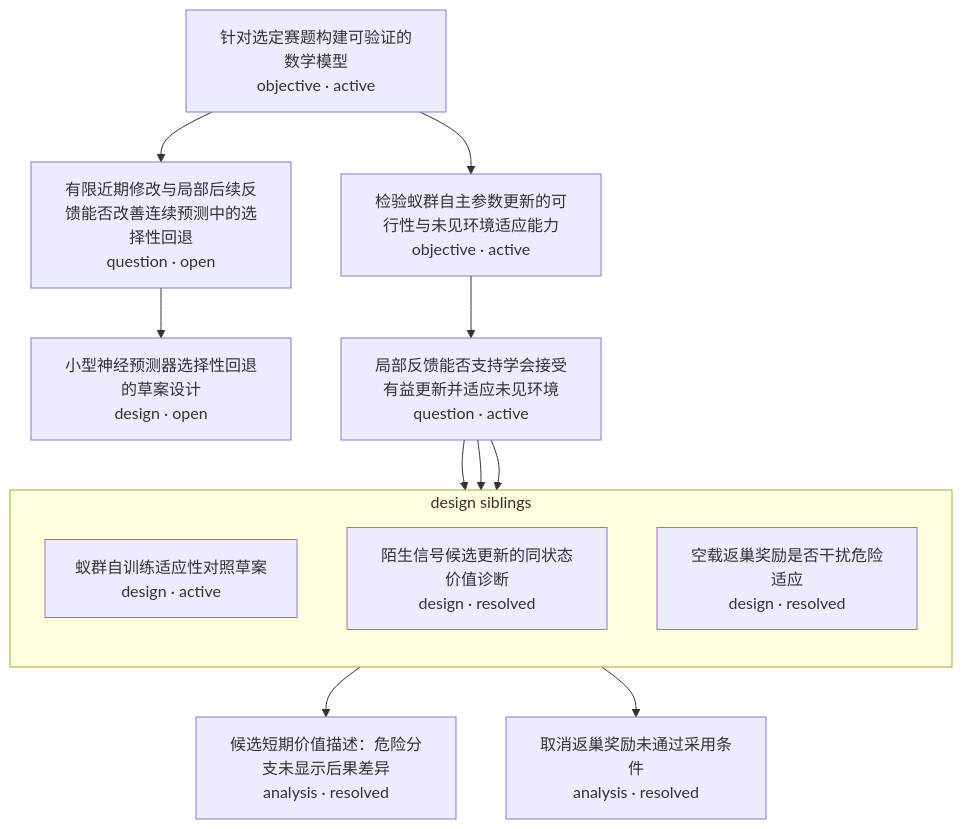
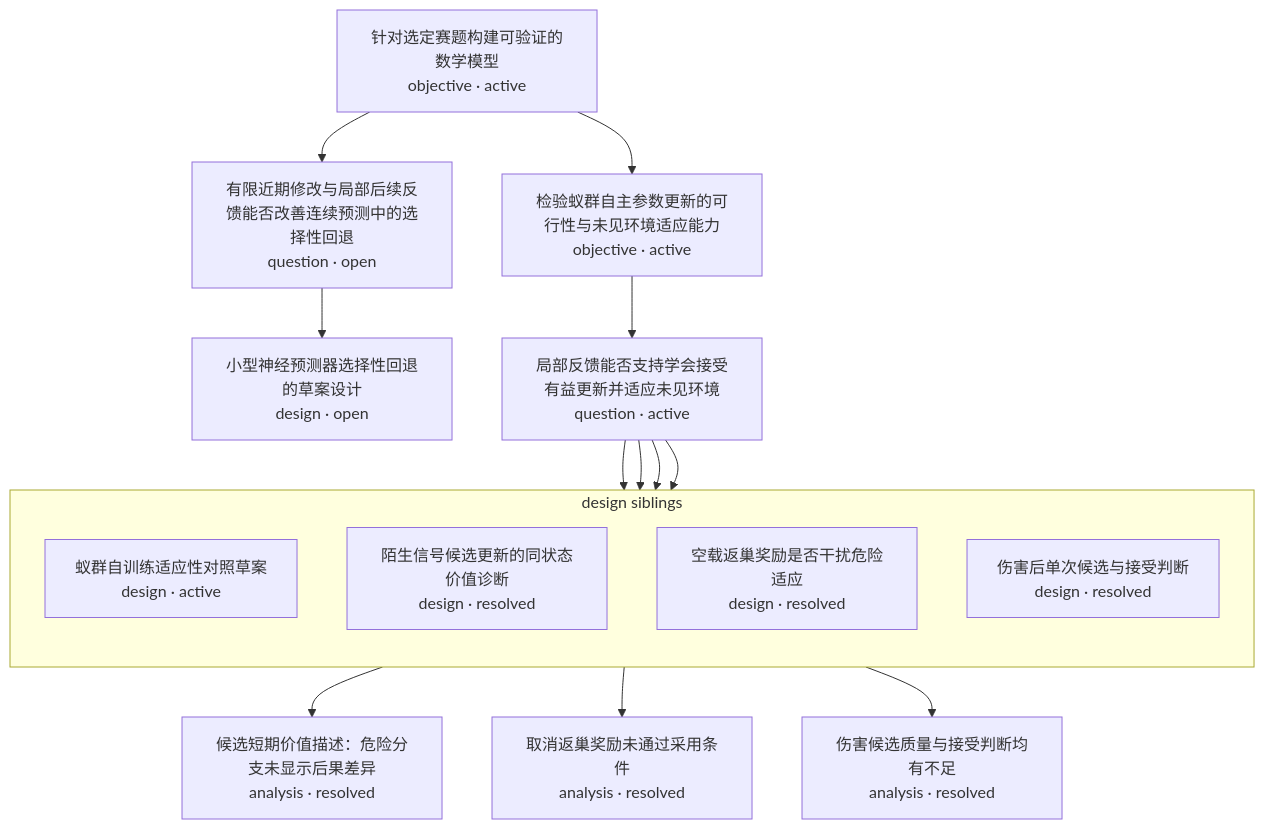
Before and after one commit to Akira-TL/Antomony: the diagram in research-tree/README.md, drawn with Mermaid. The commit also changed other lines of this file and 8 other files, not shown here.

````diff
--- a/research-tree/README.md
+++ b/research-tree/README.md
@@ -5,25 +5,29 @@
 ```mermaid
 flowchart TD
     N1["针对选定赛题构建可验证的数学模型<br/>objective · active"]
     N2["有限近期修改与局部后续反馈能否改善连续预测中的选择性回退<br/>question · open"]
     N3["小型神经预测器选择性回退的草案设计<br/>design · open"]
     N4["检验蚁群自主参数更新的可行性与未见环境适应能力<br/>objective · active"]
     N5["局部反馈能否支持学会接受有益更新并适应未见环境<br/>question · active"]
     N8["候选短期价值描述：危险分支未显示后果差异<br/>analysis · resolved"]
     N10["取消返巢奖励未通过采用条件<br/>analysis · resolved"]
+    N12["伤害候选质量与接受判断均有不足<br/>analysis · resolved"]
     subgraph G5_design["design siblings"]
         direction TB
         N6["蚁群自训练适应性对照草案<br/>design · active"]
         N7["陌生信号候选更新的同状态价值诊断<br/>design · resolved"]
         N9["空载返巢奖励是否干扰危险适应<br/>design · resolved"]
+        N11["伤害后单次候选与接受判断<br/>design · resolved"]
     end
     N1 --> N2
     N2 --> N3
     N1 --> N4
     N4 --> N5
     N5 --> N6
     N5 --> N7
     N7 --> N8
     N5 --> N9
     N9 --> N10
+    N5 --> N11
+    N11 --> N12
 ```
````
